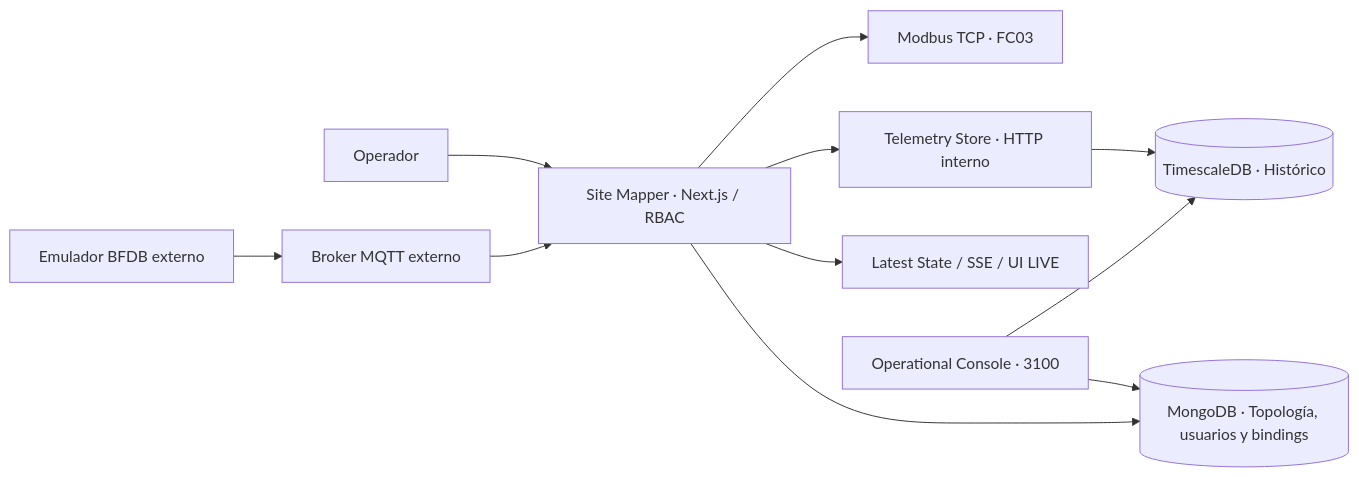
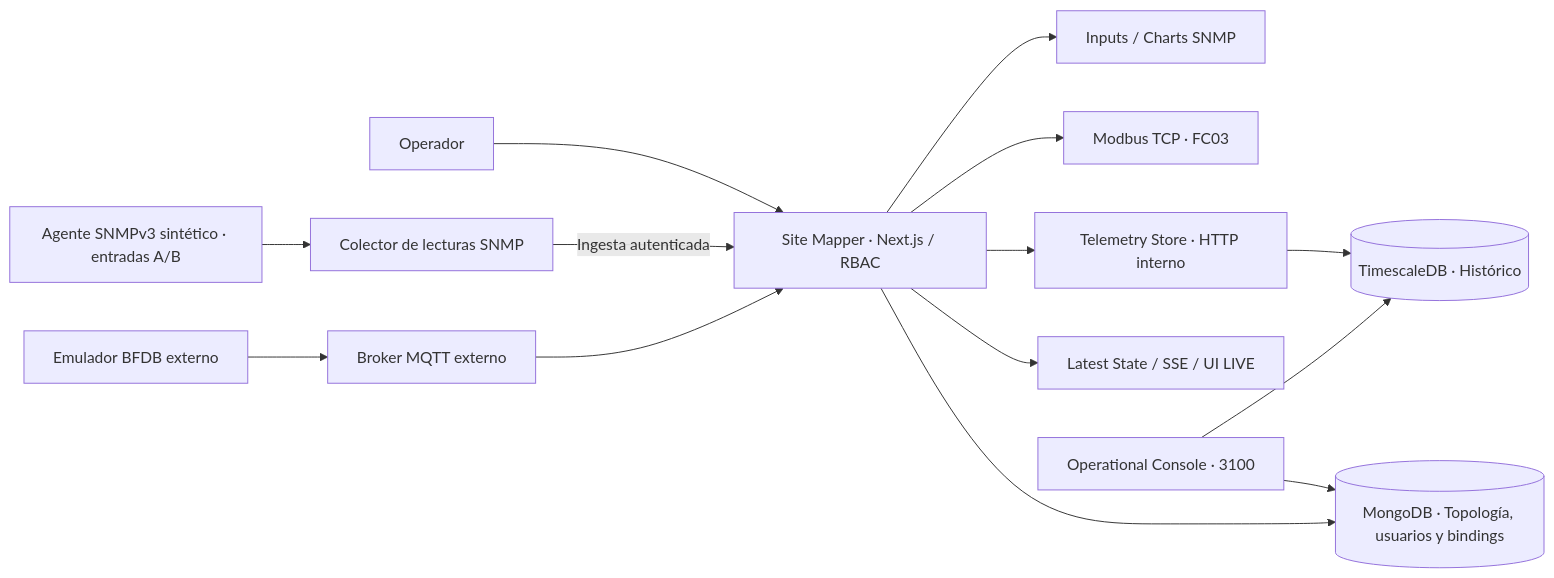
The first of 3 diagrams in README.md (em3rc0dTh/AppM-Site-Mapper), drawn with Mermaid before and after one commit. The commit also changed other lines of this file, not shown here.

Commit message:
docs(readme): include real SNMPv3 agent/collector → app/Timescale separate from MQTT/Modbus flow

````diff
--- a/README.md
+++ b/README.md
@@ -27,13 +27,16 @@
 ```mermaid
 flowchart LR
   User[Operador] --> App[Site Mapper · Next.js / RBAC]
   App --> Mongo[(MongoDB · Topología, usuarios y bindings)]
   Source[Emulador BFDB externo] --> Broker[Broker MQTT externo]
   Broker --> App
   App --> Live[Latest State / SSE / UI LIVE]
   App --> Store[Telemetry Store · HTTP interno]
   Store --> TS[(TimescaleDB · Histórico)]
   App --> Sidecar[Modbus TCP · FC03]
+  SnmpAgent[Agente SNMPv3 sintético · entradas A/B] --> SnmpCollector[Colector de lecturas SNMP]
+  SnmpCollector -->|Ingesta autenticada| App
+  App --> InputView[Inputs / Charts SNMP]
   Console[Operational Console · 3100] --> Mongo
   Console --> TS
 ```
````
